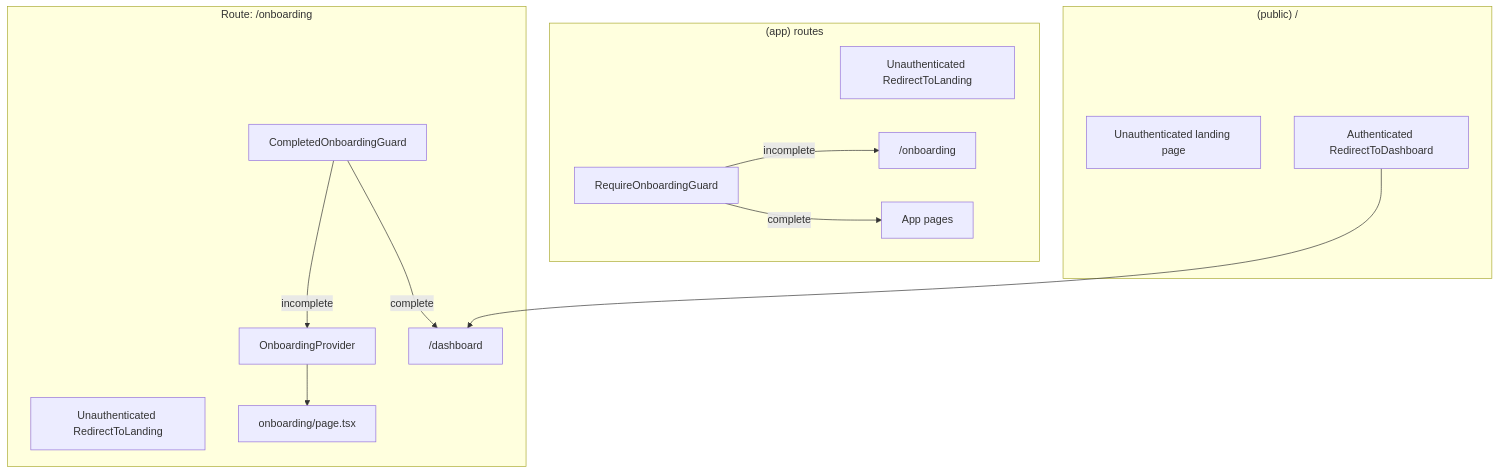
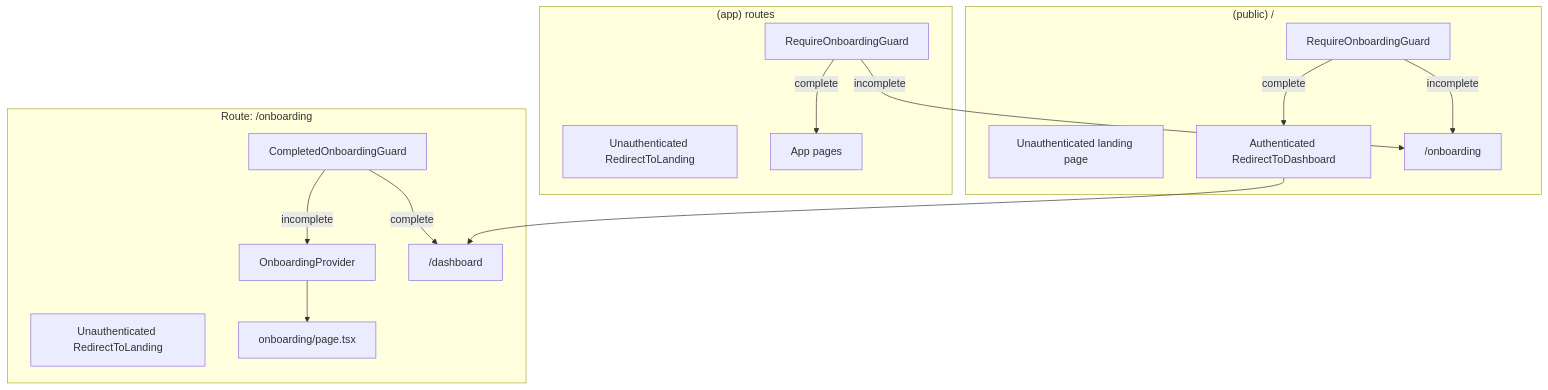
One commit to acsoba-mentorship/acsoba-mentorship changed the first of 2 diagrams in web/docs/onboarding-routing.md. Above: the diagram before and after it, drawn with Mermaid. The commit also changed other lines of this file, not shown here.

````diff
--- a/web/docs/onboarding-routing.md
+++ b/web/docs/onboarding-routing.md
@@ -40,26 +40,29 @@
 ```mermaid
 flowchart TB
   subgraph public ["(public) /"]
     PU["Unauthenticated landing page"]
+    PAG[RequireOnboardingGuard]
     PA["Authenticated RedirectToDashboard"]
+    PAG -->|incomplete| OB["/onboarding"]
+    PAG -->|complete| PA
   end
 
   subgraph app ["(app) routes"]
     AU["Unauthenticated RedirectToLanding"]
     AG[RequireOnboardingGuard]
-    AG -->|incomplete| OB["/onboarding"]
+    AG -->|incomplete| OB
     AG -->|complete| APP[App pages]
   end
 
   subgraph onboarding ["Route: /onboarding"]
     OU["Unauthenticated RedirectToLanding"]
     CG[CompletedOnboardingGuard]
     OP[OnboardingProvider]
     Page["onboarding/page.tsx"]
     CG -->|complete| DASH["/dashboard"]
     CG -->|incomplete| OP
     OP --> Page
   end
 
   PA --> DASH
 ```
````
